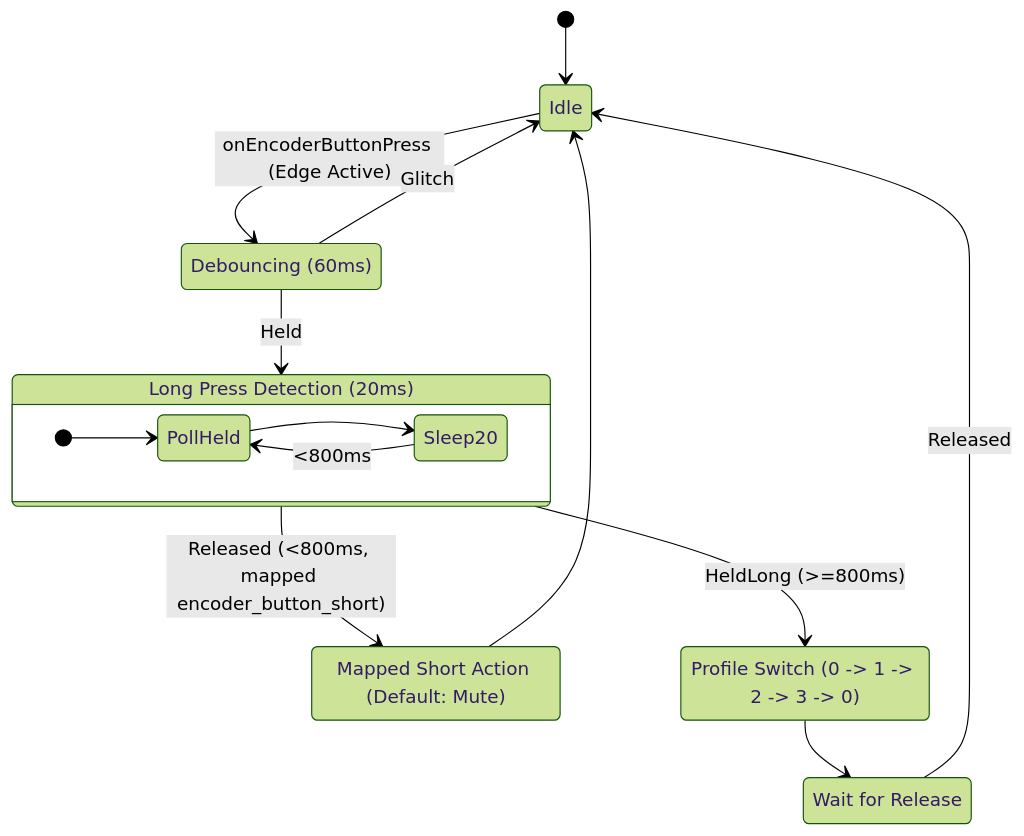
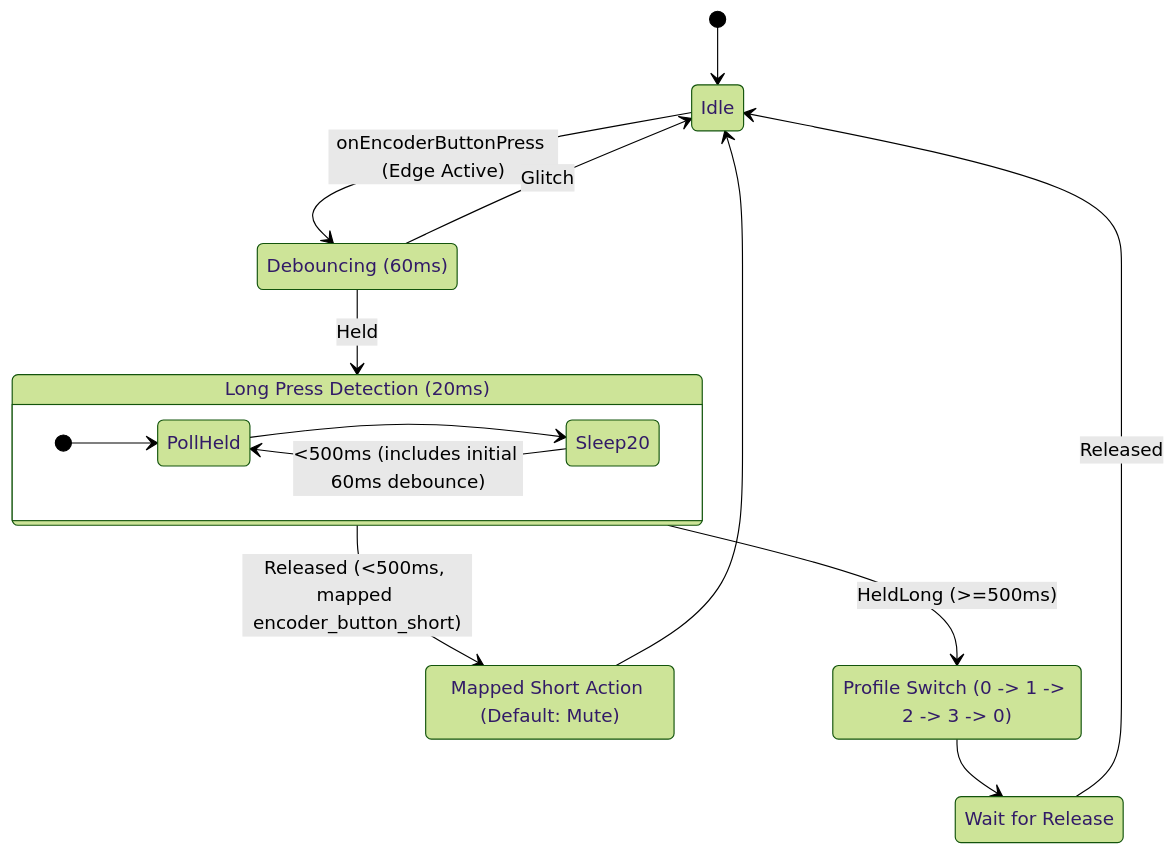
The third of 3 diagrams in docs/gesture_logic.md (arunj123/nrf52840-cam-remote), drawn with Mermaid (forest theme) before and after one commit. The commit also changed other lines of this file and 15 other files, not shown here.

````diff
--- a/docs/gesture_logic.md
+++ b/docs/gesture_logic.md
@@ -66,34 +117,34 @@
 ```mermaid
 stateDiagram-v2
     direction TB
 
     classDef idle fill:#2d3436,stroke:#0984e3,stroke-width:2px,color:#fff
     classDef proc fill:#2d3436,stroke:#fdcb6e,stroke-width:2px,color:#fff
     classDef act fill:#2d3436,stroke:#00b894,stroke-width:2px,color:#fff
 
     [*] --> Idle
     Idle --> E_Debounce : onEncoderButtonPress (Edge Active)
 
     state "Debouncing (60ms)" as E_Debounce
     E_Debounce --> Idle : Glitch
     E_Debounce --> E_Poll : Held
 
     state "Long Press Detection (20ms)" as E_Poll {
         direction LR
         [*] --> PollHeld
         PollHeld --> Sleep20
-        Sleep20 --> PollHeld : <800ms
+        Sleep20 --> PollHeld : <500ms (includes initial 60ms debounce)
     }
 
-    E_Poll --> E_ShortAction : Released (<800ms, mapped encoder_button_short)
-    E_Poll --> E_ProfileSwitch : HeldLong (>=800ms)
+    E_Poll --> E_ShortAction : Released (<500ms, mapped encoder_button_short)
+    E_Poll --> E_ProfileSwitch : HeldLong (>=500ms)
 
     state "Mapped Short Action (Default: Mute)" as E_ShortAction
     E_ShortAction --> Idle
 
     state "Profile Switch (0 -> 1 -> 2 -> 3 -> 0)" as E_ProfileSwitch
     E_ProfileSwitch --> E_WaitRel
 
     state "Wait for Release" as E_WaitRel
     E_WaitRel --> Idle : Released
 ```
````
